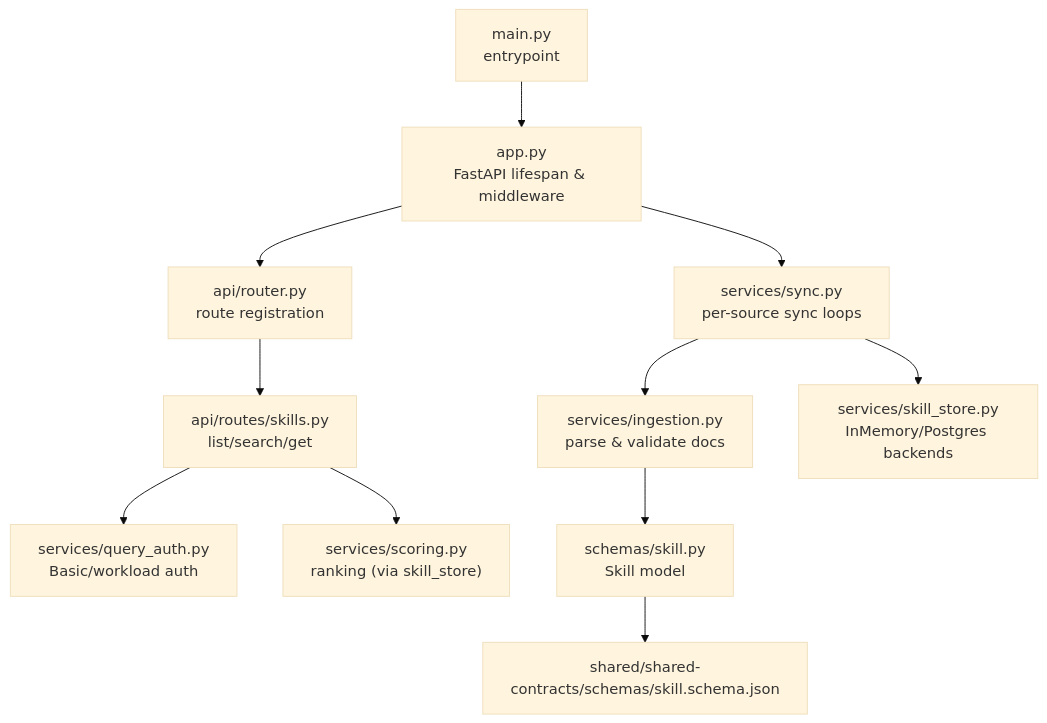
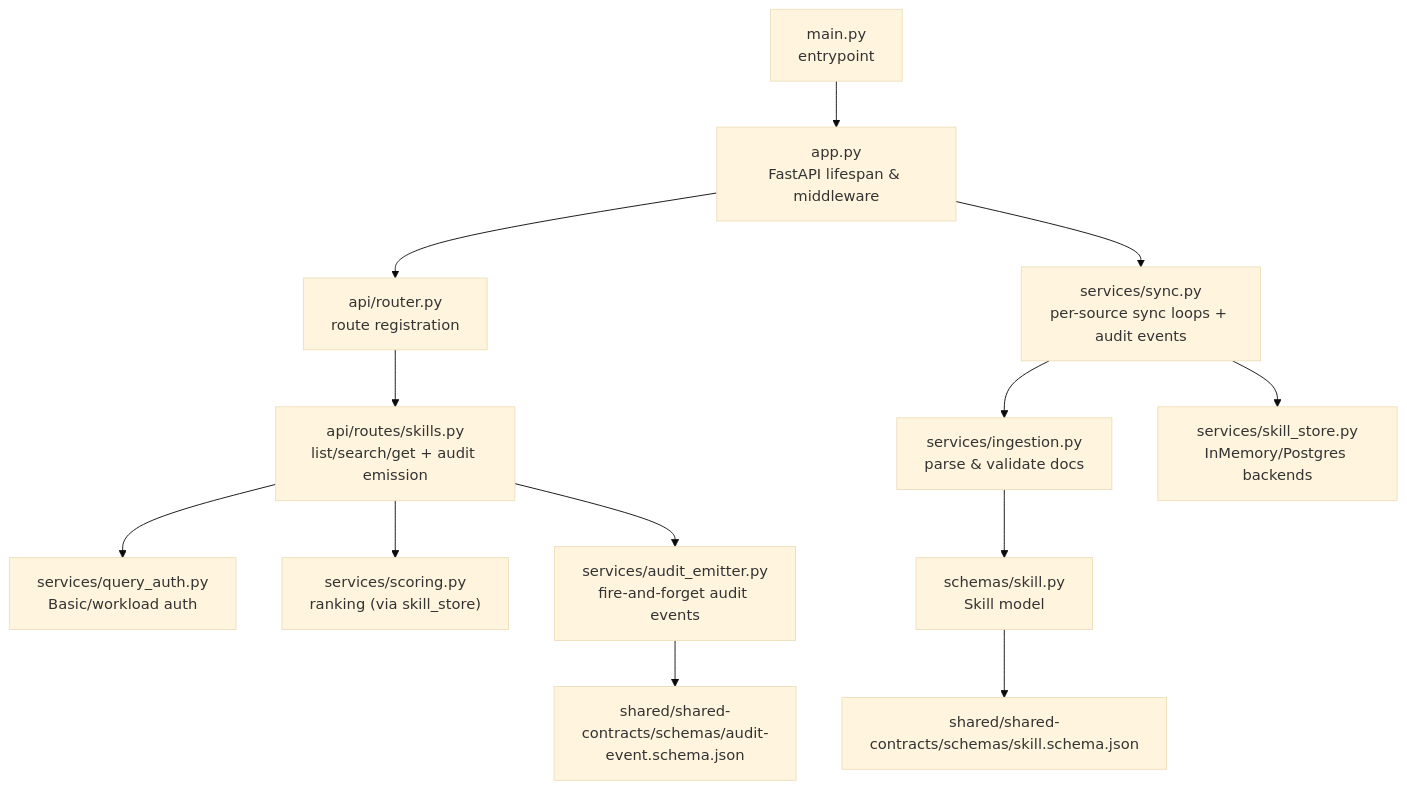
One commit to metasync/luban-aiops changed the first of 12 diagrams in .qoder/repowiki/en/content/Deployment and Operations/Skills Hub Service.md. Above: the diagram before and after it, drawn with Mermaid (base theme). The commit also changed other lines of this file and 8 other files, not shown here.

````diff
--- a/.qoder/repowiki/en/content/Deployment and Operations/Skills Hub Service.md
+++ b/.qoder/repowiki/en/content/Deployment and Operations/Skills Hub Service.md
@@ -64,13 +70,15 @@
 ```mermaid
 graph TB
 A["main.py<br/>entrypoint"] --> B["app.py<br/>FastAPI lifespan & middleware"]
 B --> C["api/router.py<br/>route registration"]
-C --> D["api/routes/skills.py<br/>list/search/get"]
-B --> E["services/sync.py<br/>per-source sync loops"]
+C --> D["api/routes/skills.py<br/>list/search/get + audit emission"]
+B --> E["services/sync.py<br/>per-source sync loops + audit events"]
 E --> F["services/ingestion.py<br/>parse & validate docs"]
 E --> G["services/skill_store.py<br/>InMemory/Postgres backends"]
 D --> H["services/query_auth.py<br/>Basic/workload auth"]
 D --> I["services/scoring.py<br/>ranking (via skill_store)"]
-F --> J["schemas/skill.py<br/>Skill model"]
-J --> K["shared/shared-contracts/schemas/skill.schema.json"]
+D --> J["services/audit_emitter.py<br/>fire-and-forget audit events"]
+F --> K["schemas/skill.py<br/>Skill model"]
+J --> L["shared/shared-contracts/schemas/audit-event.schema.json"]
+K --> M["shared/shared-contracts/schemas/skill.schema.json"]
 ```
````
